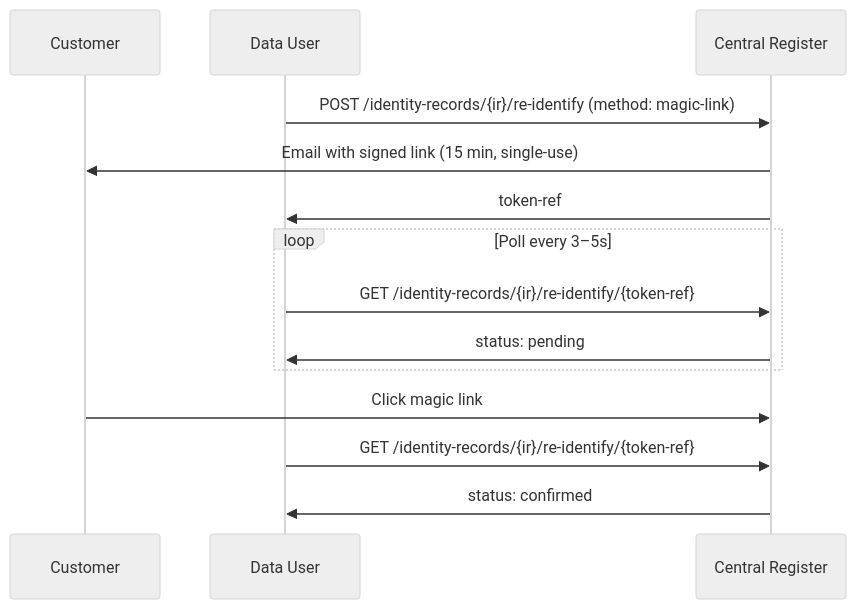
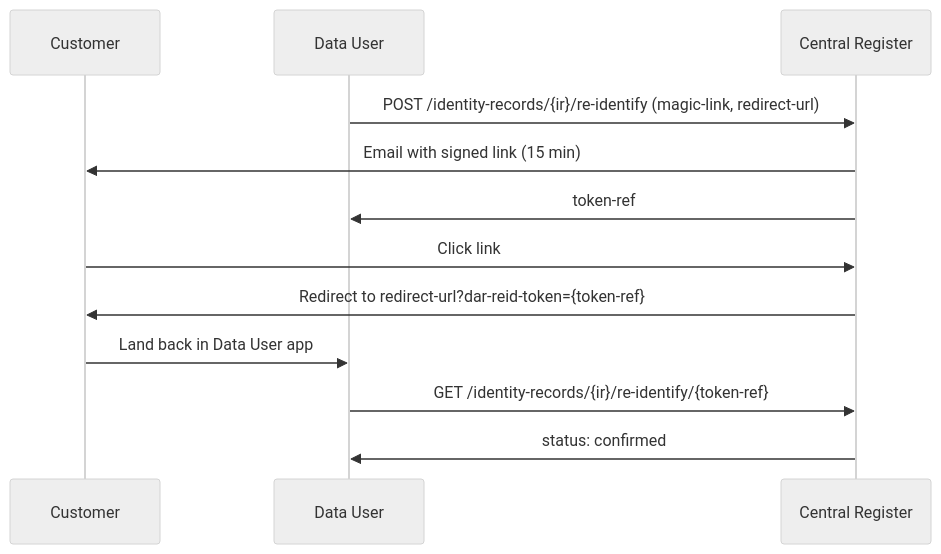
The fourth of 5 diagrams in docs/identity-guide.mdx (AuthEnergy/dar), drawn with Mermaid (neutral theme) before and after one commit. The commit also changed other lines of this file and 3 other files, not shown here.

Commit message:
minor fixes to passkey/magic link process

````diff
--- a/docs/identity-guide.mdx
+++ b/docs/identity-guide.mdx
@@ -128,17 +135,15 @@
 ```mermaid
 sequenceDiagram
     participant Customer
     participant DU as Data User
     participant CR as Central Register
 
-    DU->>CR: POST /identity-records/{ir}/re-identify (method: magic-link)
-    CR->>Customer: Email with signed link (15 min, single-use)
+    DU->>CR: POST /identity-records/{ir}/re-identify (magic-link, redirect-url)
+    CR->>Customer: Email with signed link (15 min)
     CR->>DU: token-ref
-    loop Poll every 3–5s
-        DU->>CR: GET /identity-records/{ir}/re-identify/{token-ref}
-        CR->>DU: status: pending
-    end
-    Customer->>CR: Click magic link
+    Customer->>CR: Click link
+    CR->>Customer: Redirect to redirect-url?dar-reid-token={token-ref}
+    Customer->>DU: Land back in Data User app
     DU->>CR: GET /identity-records/{ir}/re-identify/{token-ref}
     CR->>DU: status: confirmed
 ```
````
